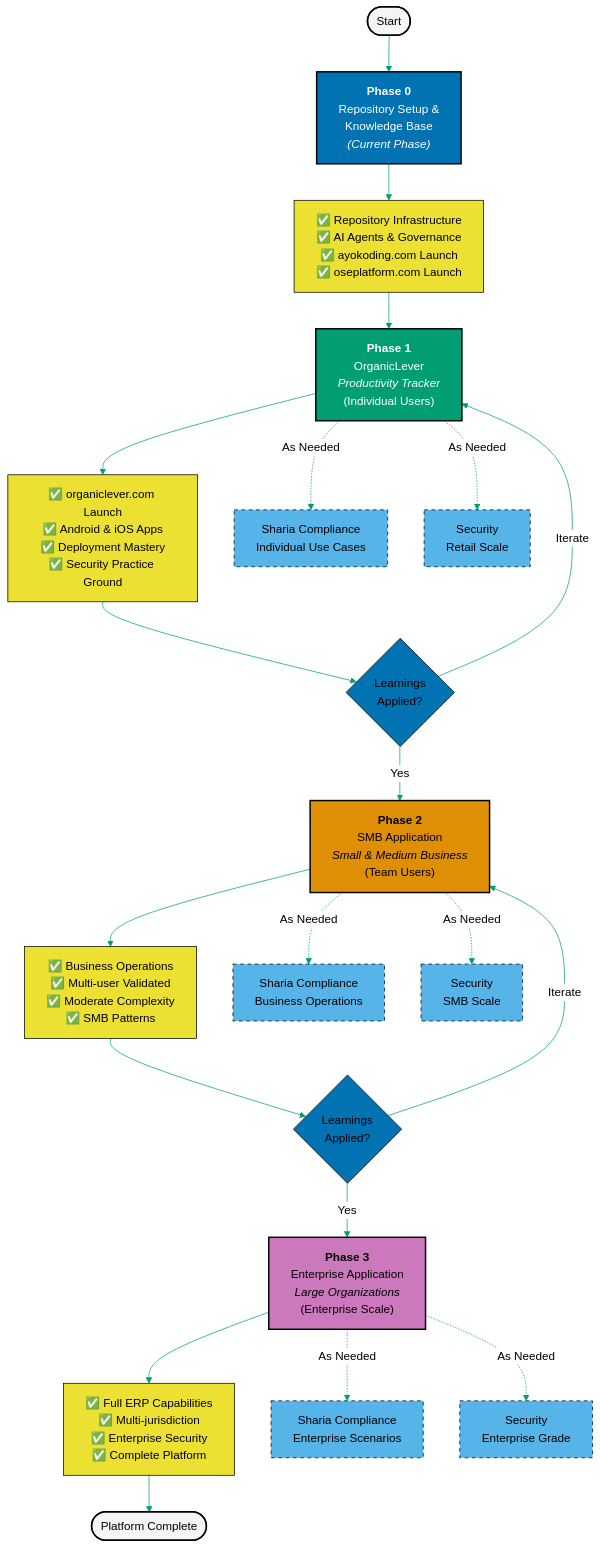
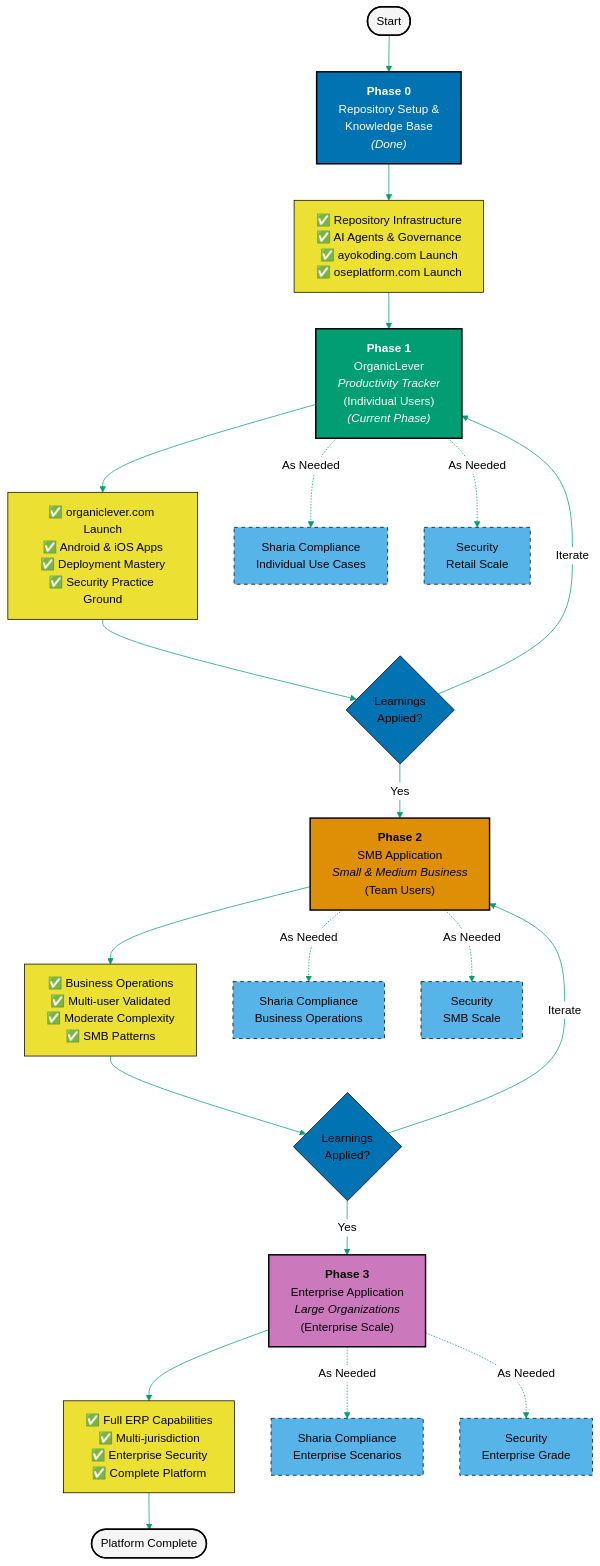
Before and after one commit to wahidyankf/open-sharia-enterprise: the diagram in ROADMAP.md, drawn with Mermaid. The commit also changed other lines of this file and 3 other files, not shown here.

````diff
--- a/ROADMAP.md
+++ b/ROADMAP.md
@@ -5,48 +5,48 @@
 ```mermaid
 %%{init: {'theme':'base', 'themeVariables': { 'primaryColor':'#0173B2', 'primaryTextColor':'#000', 'primaryBorderColor':'#000', 'lineColor':'#029E73', 'secondaryColor':'#DE8F05', 'tertiaryColor':'#CC78BC', 'clusterBkg':'#f5f5f5', 'clusterBorder':'#000', 'edgeLabelBackground':'#fff'}}}%%
 graph TB
     Start([Start]) --> Phase0
 
-    Phase0["<b>Phase 0</b><br/>Repository Setup &<br/>Knowledge Base<br/><i>(Current Phase)</i>"]
+    Phase0["<b>Phase 0</b><br/>Repository Setup &<br/>Knowledge Base<br/><i>(Done)</i>"]
     Phase0 --> P0Output["✅ Repository Infrastructure<br/>✅ AI Agents & Governance<br/>✅ ayokoding.com Launch<br/>✅ oseplatform.com Launch"]
     P0Output --> Phase1
 
-    Phase1["<b>Phase 1</b><br/>OrganicLever<br/><i>Productivity Tracker</i><br/>(Individual Users)"]
+    Phase1["<b>Phase 1</b><br/>OrganicLever<br/><i>Productivity Tracker</i><br/>(Individual Users)<br/><i>(Current Phase)</i>"]
     Phase1 --> P1Output["✅ organiclever.com Launch<br/>✅ Android & iOS Apps<br/>✅ Deployment Mastery<br/>✅ Security Practice Ground"]
     P1Output --> Decision1{Learnings<br/>Applied?}
     Decision1 -->|Yes| Phase2
     Decision1 -->|Iterate| Phase1
 
     Phase2["<b>Phase 2</b><br/>SMB Application<br/><i>Small & Medium Business</i><br/>(Team Users)"]
     Phase2 --> P2Output["✅ Business Operations<br/>✅ Multi-user Validated<br/>✅ Moderate Complexity<br/>✅ SMB Patterns"]
     P2Output --> Decision2{Learnings<br/>Applied?}
     Decision2 -->|Yes| Phase3
     Decision2 -->|Iterate| Phase2
 
     Phase3["<b>Phase 3</b><br/>Enterprise Application<br/><i>Large Organizations</i><br/>(Enterprise Scale)"]
     Phase3 --> P3Output["✅ Full ERP Capabilities<br/>✅ Multi-jurisdiction<br/>✅ Enterprise Security<br/>✅ Complete Platform"]
 
     P3Output --> End([Platform Complete])
 
     Phase1 -.->|As Needed| Sharia1["Sharia Compliance<br/>Individual Use Cases"]
     Phase1 -.->|As Needed| Security1["Security<br/>Retail Scale"]
 
     Phase2 -.->|As Needed| Sharia2["Sharia Compliance<br/>Business Operations"]
     Phase2 -.->|As Needed| Security2["Security<br/>SMB Scale"]
 
     Phase3 -.->|As Needed| Sharia3["Sharia Compliance<br/>Enterprise Scenarios"]
     Phase3 -.->|As Needed| Security3["Security<br/>Enterprise Grade"]
 
     style Phase0 fill:#0173B2,stroke:#000,stroke-width:2px,color:#fff
     style Phase1 fill:#029E73,stroke:#000,stroke-width:2px,color:#fff
     style Phase2 fill:#DE8F05,stroke:#000,stroke-width:2px,color:#000
     style Phase3 fill:#CC78BC,stroke:#000,stroke-width:2px,color:#000
     style Start fill:#f5f5f5,stroke:#000,stroke-width:2px
     style End fill:#f5f5f5,stroke:#000,stroke-width:2px
 
     classDef outputStyle fill:#ECE133,stroke:#000,stroke-width:1px,color:#000
     class P0Output,P1Output,P2Output,P3Output outputStyle
 
     classDef asNeededStyle fill:#56B4E9,stroke:#000,stroke-width:1px,stroke-dasharray: 5 5,color:#000
     class Sharia1,Sharia2,Sharia3,Security1,Security2,Security3 asNeededStyle
 ```
````
